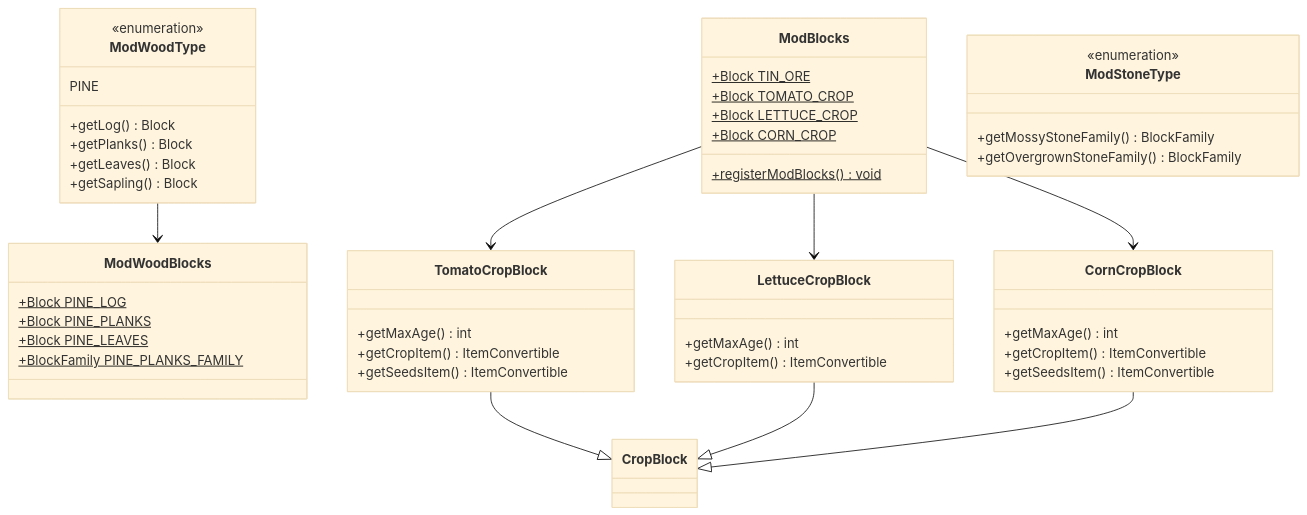
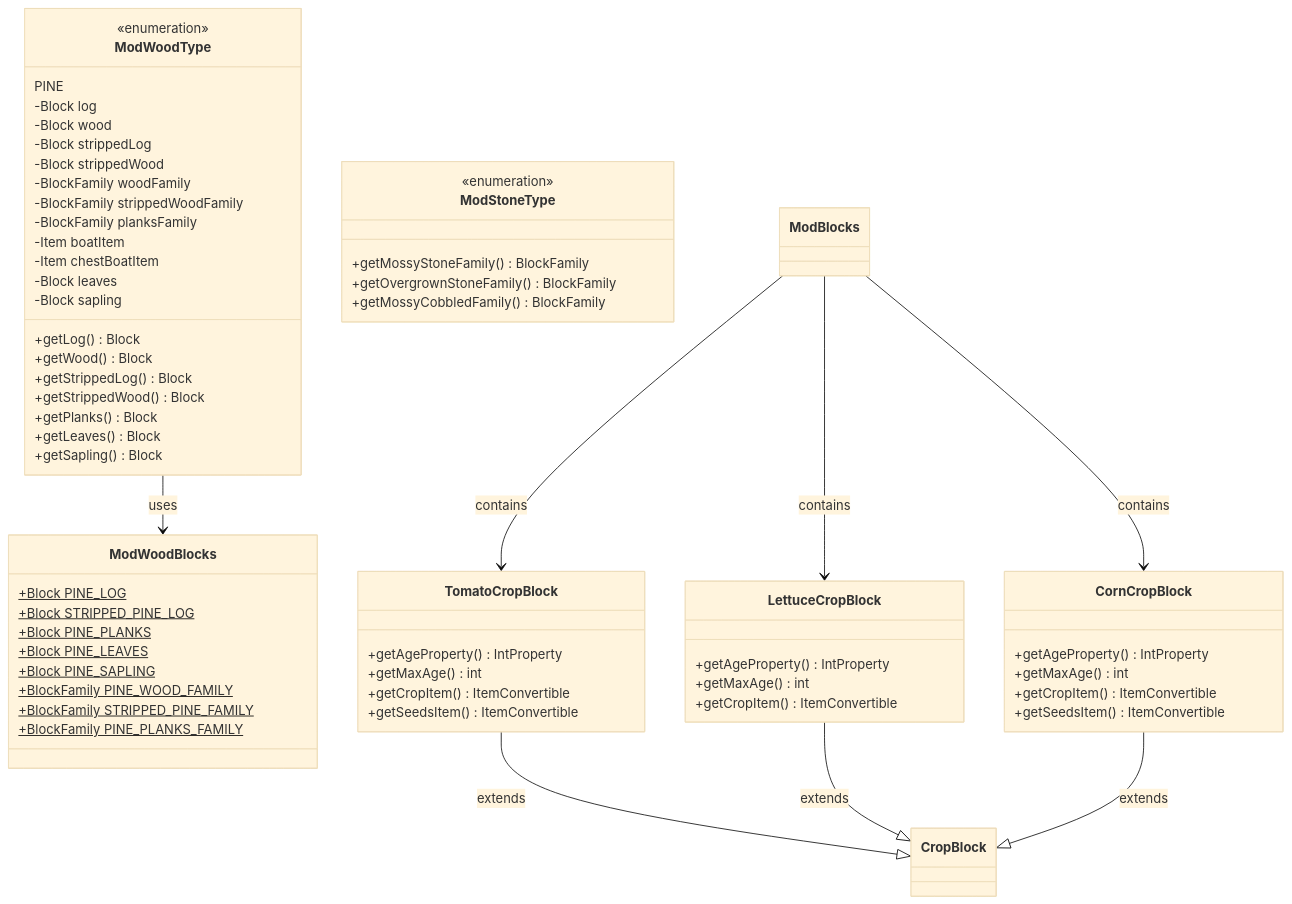
One commit to Lord-of-the-Rings-Middle-Earth-Mod/Lord-of-the-Rings-Middle-Earth-Mod changed the third of 6 diagrams in classdiagram.md. Above: the diagram before and after it, drawn with Mermaid (base theme). The commit also changed other lines of this file, not shown here.

Commit message:
Add back detailed method signatures to all class diagrams while preserving sectioned layout

````diff
--- a/classdiagram.md
+++ b/classdiagram.md
@@ -104,62 +139,76 @@
 ```mermaid
 classDiagram
     direction TB
     
-    class ModBlocks {
-        +Block TIN_ORE$
-        +Block TOMATO_CROP$
-        +Block LETTUCE_CROP$
-        +Block CORN_CROP$
-        +registerModBlocks() void$
-    }
-
     class ModWoodType {
         <<enumeration>>
         PINE
+        -Block log
+        -Block wood
+        -Block strippedLog
+        -Block strippedWood
+        -BlockFamily woodFamily
+        -BlockFamily strippedWoodFamily
+        -BlockFamily planksFamily
+        -Item boatItem
+        -Item chestBoatItem
+        -Block leaves
+        -Block sapling
         +getLog() Block
+        +getWood() Block
+        +getStrippedLog() Block
+        +getStrippedWood() Block
         +getPlanks() Block
         +getLeaves() Block
         +getSapling() Block
     }
 
     class ModWoodBlocks {
         +Block PINE_LOG$
+        +Block STRIPPED_PINE_LOG$
         +Block PINE_PLANKS$
         +Block PINE_LEAVES$
+        +Block PINE_SAPLING$
+        +BlockFamily PINE_WOOD_FAMILY$
+        +BlockFamily STRIPPED_PINE_FAMILY$
         +BlockFamily PINE_PLANKS_FAMILY$
     }
 
     class ModStoneType {
         <<enumeration>>
         +getMossyStoneFamily() BlockFamily
         +getOvergrownStoneFamily() BlockFamily
+        +getMossyCobbledFamily() BlockFamily
     }
 
     class TomatoCropBlock {
+        +getAgeProperty() IntProperty
         +getMaxAge() int
         +getCropItem() ItemConvertible
         +getSeedsItem() ItemConvertible
     }
 
     class LettuceCropBlock {
+        +getAgeProperty() IntProperty
         +getMaxAge() int
         +getCropItem() ItemConvertible
     }
 
     class CornCropBlock {
+        +getAgeProperty() IntProperty
         +getMaxAge() int
         +getCropItem() ItemConvertible
         +getSeedsItem() ItemConvertible
     }
 
     %% Inheritance
-    TomatoCropBlock --|> CropBlock
-    LettuceCropBlock --|> CropBlock
-    CornCropBlock --|> CropBlock
+    TomatoCropBlock --|> CropBlock : extends
+    LettuceCropBlock --|> CropBlock : extends
+    CornCropBlock --|> CropBlock : extends
 
     %% Relationships
-    ModBlocks --> TomatoCropBlock
-    ModBlocks --> LettuceCropBlock
-    ModBlocks --> CornCropBlock
-    ModWoodType --> ModWoodBlocks
+    ModBlocks --> TomatoCropBlock : contains
+    ModBlocks --> LettuceCropBlock : contains
+    ModBlocks --> CornCropBlock : contains
+    ModWoodType --> ModWoodBlocks : uses
 ```
````
